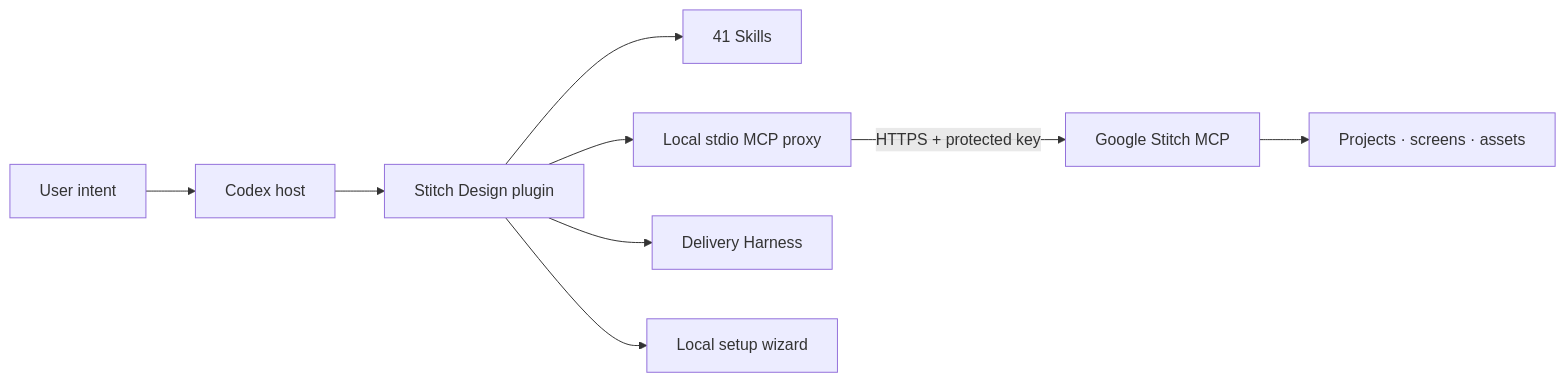
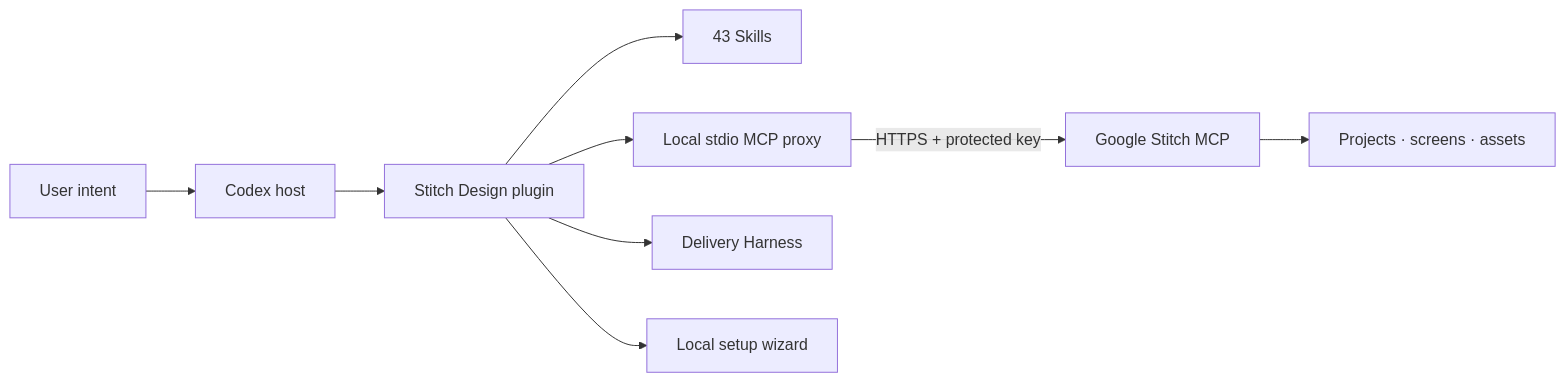
One commit to full-stack-plugins/stitch-design-plugin changed the first of 11 diagrams in docs/Stitch-Design-Architecture.md. Above: the diagram before and after it, drawn with Mermaid. The commit also changed other lines of this file and 32 other files, not shown here.

````diff
--- a/docs/Stitch-Design-Architecture.md
+++ b/docs/Stitch-Design-Architecture.md
@@ -13,11 +13,11 @@
 ```mermaid
 flowchart LR
     U["User intent"] --> C["Codex host"]
     C --> P["Stitch Design plugin"]
-    P --> S["41 Skills"]
+    P --> S["43 Skills"]
     P --> M["Local stdio MCP proxy"]
     P --> H["Delivery Harness"]
     P --> W["Local setup wizard"]
     M -->|"HTTPS + protected key"| G["Google Stitch MCP"]
     G --> D["Projects · screens · assets"]
 ```
````
